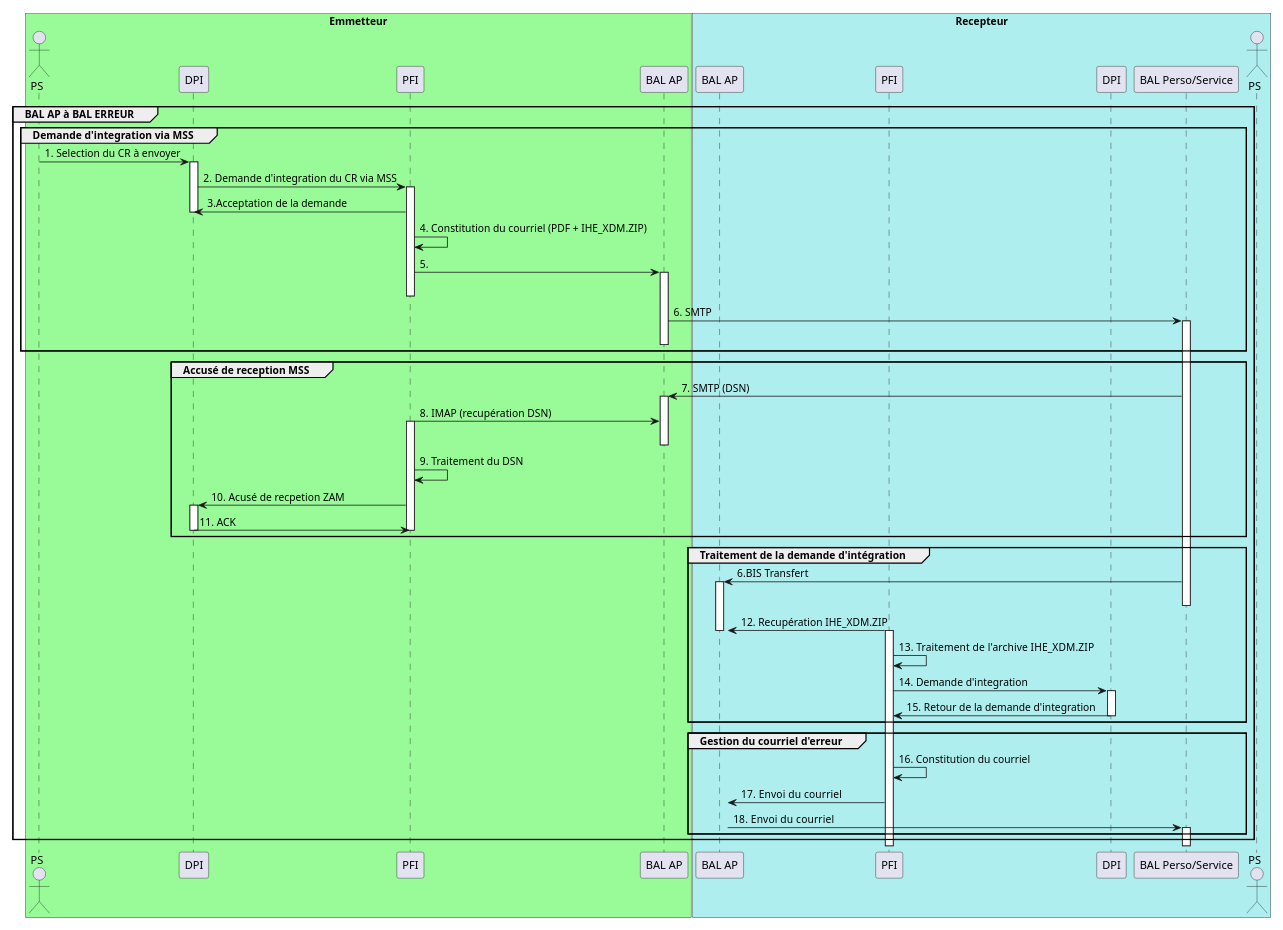
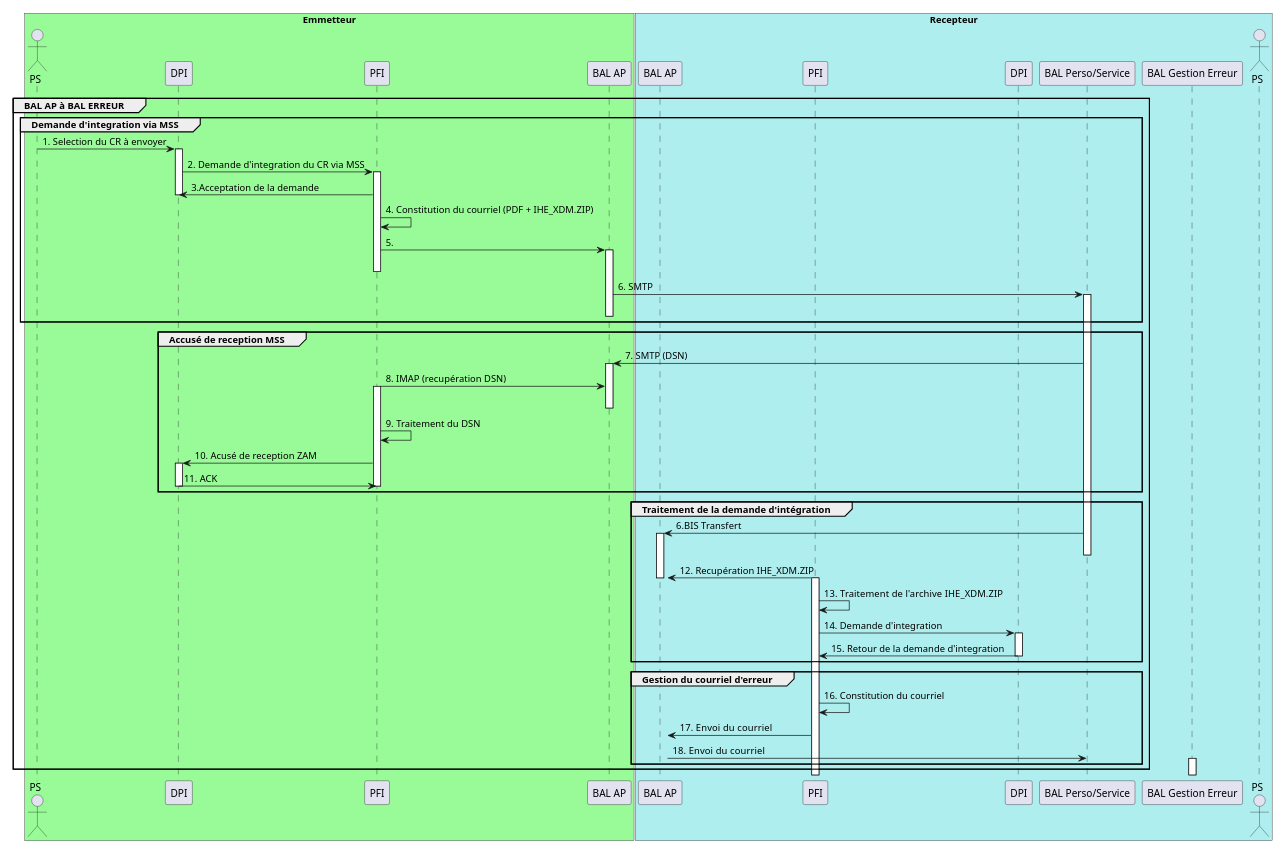
The diagram in input/images-source/bal-erreur.plantuml (ansforge/IG-hl7v2-volet-trans-lps-doc-cda-courriel-mss), drawn with PlantUML before and after one commit.

```diff
--- a/input/images-source/bal-erreur.plantuml
+++ b/input/images-source/bal-erreur.plantuml
@@ -1,123 +1,124 @@
 @startuml
 scale 1024*768
 
 box  "Emmetteur" #palegreen
 actor "PS" as PSE
 participant "DPI" as DPIE
 participant "PFI" as PFIE
 participant "BAL AP" as MSSE
 end box
 
 box  "Support Editeur" #LightCoral
 
 end box
 
 
 box  "Recepteur" #paleturquoise
 participant "BAL AP" as MSSR
 participant "PFI" as PFIR
 participant "DPI" as DPIR
 participant "BAL Perso/Service" as BALP
+participant "BAL Gestion Erreur" as BALE
 Actor "PS" as PSR
 end box
 
 
 
 
 group BAL AP à BAL ERREUR
 
 
 
 group Demande d'integration via MSS
 PSE->DPIE:1. Selection du CR à envoyer
 	activate DPIE
 
 DPIE->PFIE:2. Demande d'integration du CR via MSS
 	activate PFIE
 
 PFIE->DPIE:3.Acceptation de la demande
 	deactivate DPIE
 
 PFIE->PFIE:4. Constitution du courriel (PDF + IHE_XDM.ZIP)
 
 PFIE->MSSE:5.
     activate MSSE
     deactivate PFIE
 
 MSSE->BALP:6. SMTP
     activate BALP
     deactivate MSSR
     deactivate MSSE
 
 
 
 end
 
 
 
 
 
 group Accusé de reception MSS
 
 BALP->MSSE:7. SMTP (DSN)
     deactivate MSSR
     activate MSSE
 
 
 PFIE->MSSE:8. IMAP (recupération DSN)
     activate PFIE
     deactivate MSSE
 
 PFIE->PFIE:9. Traitement du DSN
 
 
-PFIE->DPIE:10. Acusé de recpetion ZAM
+PFIE->DPIE:10. Acusé de reception ZAM
     activate DPIE
 
 DPIE->PFIE:11. ACK
     deactivate DPIE
     deactivate PFIE
 
 end
 group Traitement de la demande d'intégration
 
 BALP->MSSR:6.BIS Transfert
     activate MSSR
     deactivate BALP
 
 PFIR->MSSR:12. Recupération IHE_XDM.ZIP
     activate PFIR
     activate MSSR
 
 PFIR->PFIR:13. Traitement de l'archive  IHE_XDM.ZIP
 
 PFIR->DPIR:14. Demande d'integration 
     activate DPIR
 
 
 DPIR->PFIR:15. Retour de la demande d'integration
     deactivate DPIR
 end
 
 group Gestion du courriel d'erreur
 
 
 PFIR->PFIR:16. Constitution du courriel
 
 PFIR->MSSR:17. Envoi  du courriel
 
 MSSR->BALP:18. Envoi  du courriel
-    activate BALP
+    activate BALE
 end  
 end
 
 
 
 
 
 
 
 
 
     
 @enduml
```
